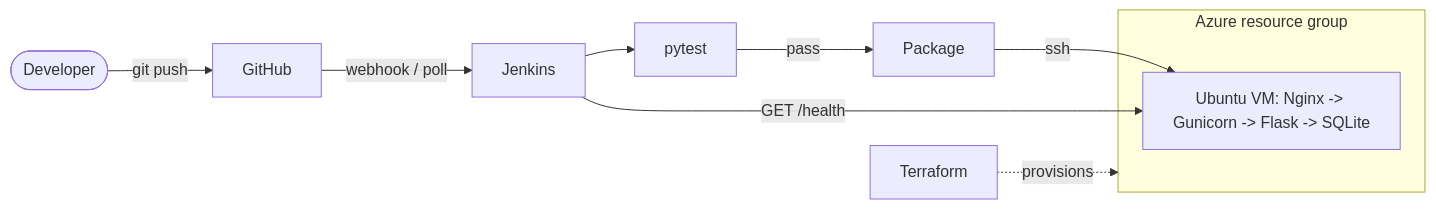
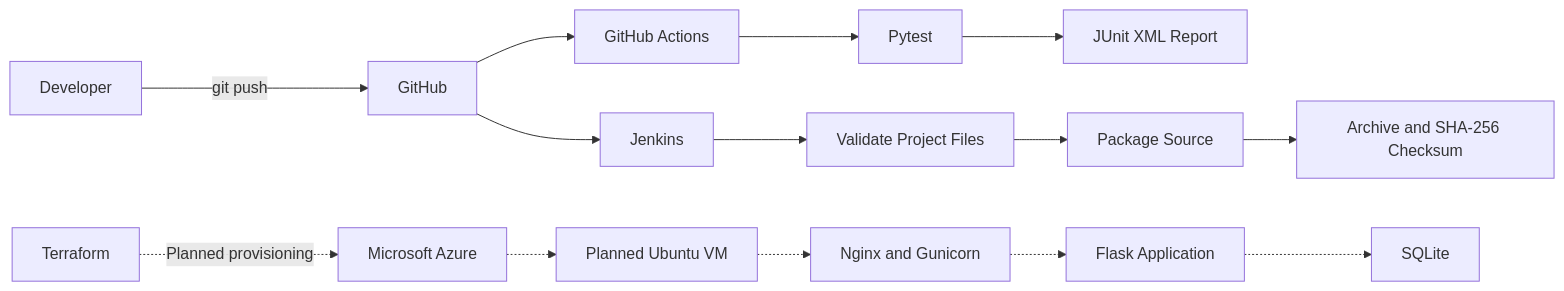
The diagram in README.md (azcruze/releasenote-devops), drawn with Mermaid before and after one commit. The commit also changed other lines of this file, not shown here.

First line of the commit message:
Revise README for application status and features

````diff
--- a/README.md
+++ b/README.md
@@ -19,13 +43,16 @@
 ```mermaid
 flowchart LR
-  Dev([Developer]) -->|git push| GH[GitHub]
-  GH -->|webhook / poll| JK[Jenkins]
-  JK --> T[pytest]
-  T -->|pass| P[Package]
-  P -->|ssh| VM
-  TF[Terraform] -.->|provisions| Azure
-  subgraph Azure[Azure resource group]
-    VM[Ubuntu VM: Nginx -> Gunicorn -> Flask -> SQLite]
-  end
-  JK -->|GET /health| VM
+    Dev[Developer] -->|git push| GH[GitHub]
+    GH --> GA[GitHub Actions]
+    GA --> T[Pytest]
+    T --> R[JUnit XML Report]
+    GH --> JK[Jenkins]
+    JK --> V[Validate Project Files]
+    V --> P[Package Source]
+    P --> A[Archive and SHA-256 Checksum]
+    TF[Terraform] -.->|Planned provisioning| AZ[Microsoft Azure]
+    AZ -.-> VM[Planned Ubuntu VM]
+    VM -.-> N[Nginx and Gunicorn]
+    N -.-> APP[Flask Application]
+    APP -.-> DB[SQLite]
 ```
````
